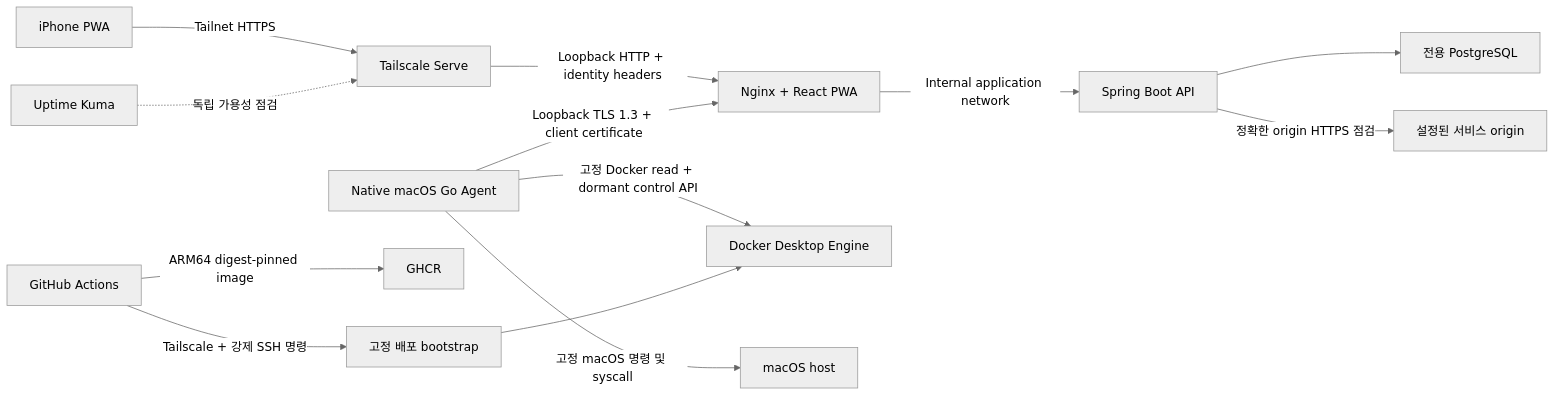
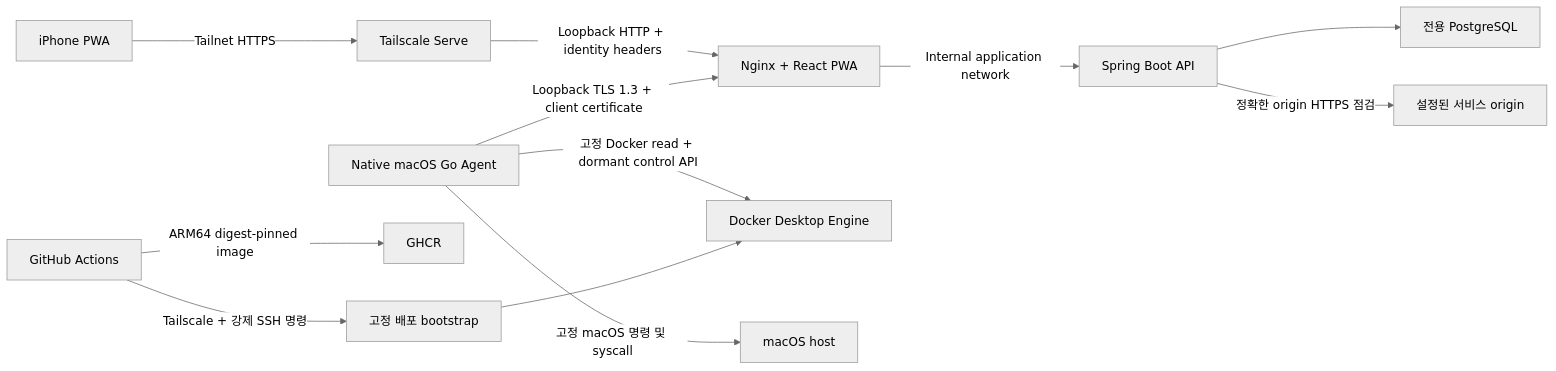
One commit to xxh3898/homeops changed the diagram in docs/architecture.md. Above: the diagram before and after it, drawn with Mermaid (neutral theme). The commit also changed other lines of this file and 7 other files, not shown here.

````diff
--- a/docs/architecture.md
+++ b/docs/architecture.md
@@ -11,15 +11,14 @@
 ```mermaid
 flowchart LR
     phone["iPhone PWA"] -->|"Tailnet HTTPS"| serve["Tailscale Serve"]
     serve -->|"Loopback HTTP + identity headers"| web["Nginx + React PWA"]
     web -->|"Internal application network"| api["Spring Boot API"]
     api --> db["전용 PostgreSQL"]
     api -->|"정확한 origin HTTPS 점검"| monitored["설정된 서비스 origin"]
     agent["Native macOS Go Agent"] -->|"Loopback TLS 1.3 + client certificate"| web
     agent -->|"고정 Docker read + dormant control API"| docker["Docker Desktop Engine"]
     agent -->|"고정 macOS 명령 및 syscall"| mac["macOS host"]
     actions["GitHub Actions"] -->|"ARM64 digest-pinned image"| ghcr["GHCR"]
     actions -->|"Tailscale + 강제 SSH 명령"| bootstrap["고정 배포 bootstrap"]
     bootstrap --> docker
-    kuma["Uptime Kuma"] -.->|"독립 가용성 점검"| serve
 ```
````
